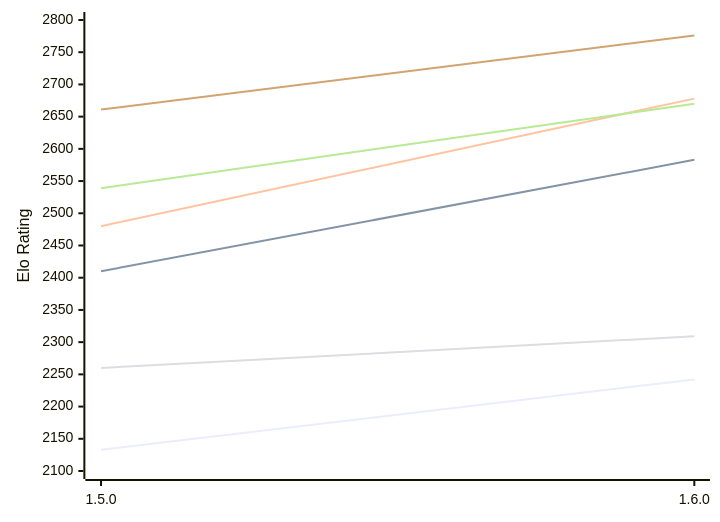
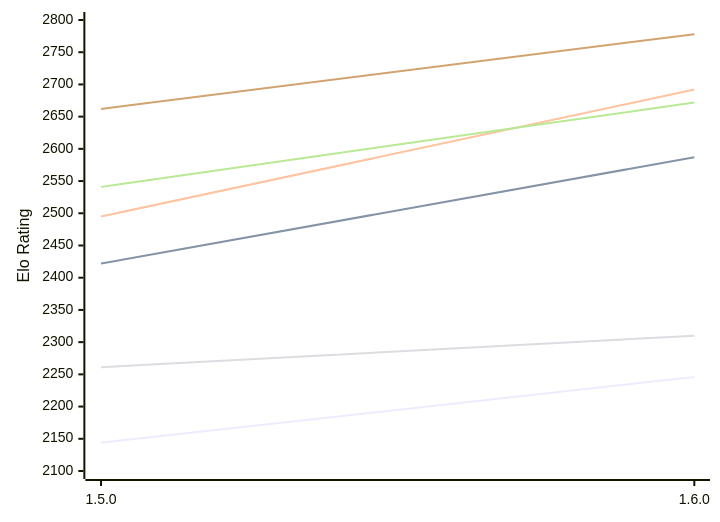
One commit to computer-chess-index/cci changed the first of 2 diagrams in engines/Tofiks.md. Above: the diagram before and after it, drawn with Mermaid. The commit also changed other lines of this file, not shown here.

Commit message:
Update CCI Ratings (ELO VLTC) - 2026-10-22

````diff
--- a/engines/Tofiks.md
+++ b/engines/Tofiks.md
@@ -51,12 +51,12 @@
 ```mermaid
 %%{init: {"theme":"base","themeVariables":{"seriesColors:['#a3a3a3','#222221','#faa371']}}}%%
 xychart-beta
   x-axis ["1.5.0", "1.6.0"]
   y-axis "Elo Rating" 2100 --> 2800
-  line "E1: STC (8.0+0.08s)" [2133, 2242]
-  line "E1: LTC (60.0+0.60s)" [2410, 2583]
-  line "E1: VLTC (2m24s+1.12s)" [2480, 2678]
-  line "P1: STC (8.0+0.08s)" [2260, 2309]
-  line "P1: LTC (60.0+0.60s)" [2539, 2670]
-  line "P1: VLTC (2m24s+1.12s)" [2661, 2776]
+  line "E1: STC (8.0+0.08s)" [2144, 2246]
+  line "E1: LTC (60.0+0.60s)" [2422, 2587]
+  line "E1: VLTC (2m24s+1.12s)" [2495, 2692]
+  line "P1: STC (8.0+0.08s)" [2261, 2310]
+  line "P1: LTC (60.0+0.60s)" [2541, 2672]
+  line "P1: VLTC (2m24s+1.12s)" [2662, 2778]
 ```
````
